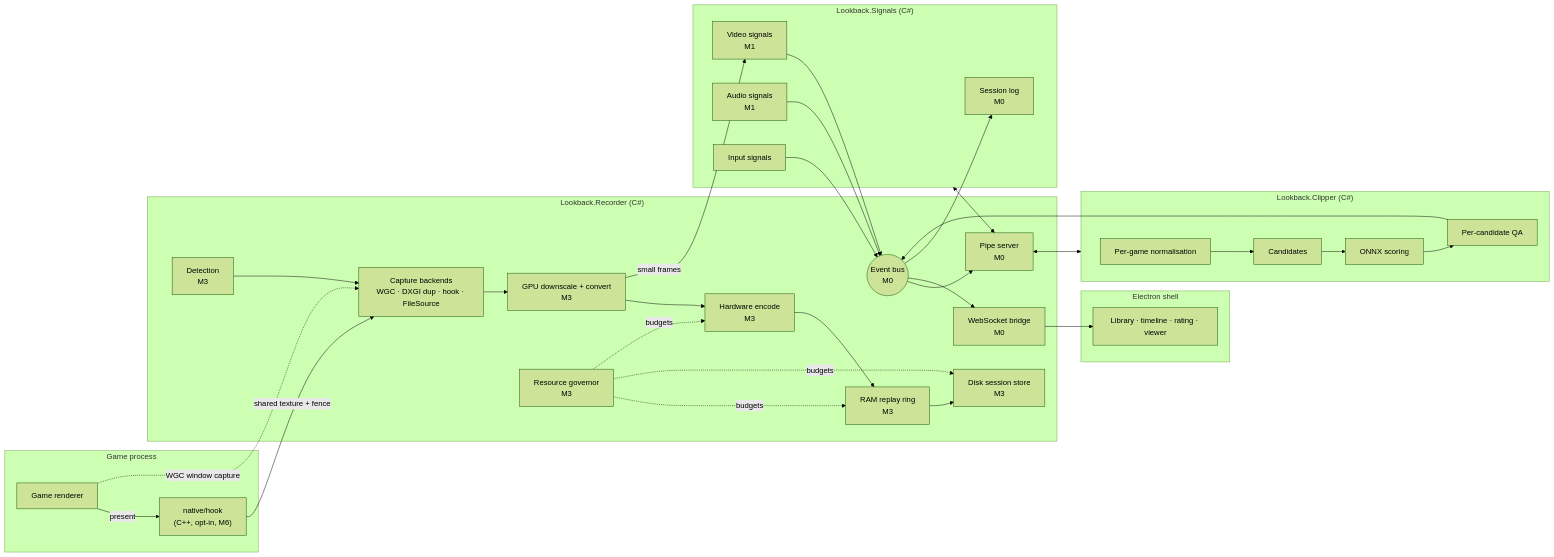
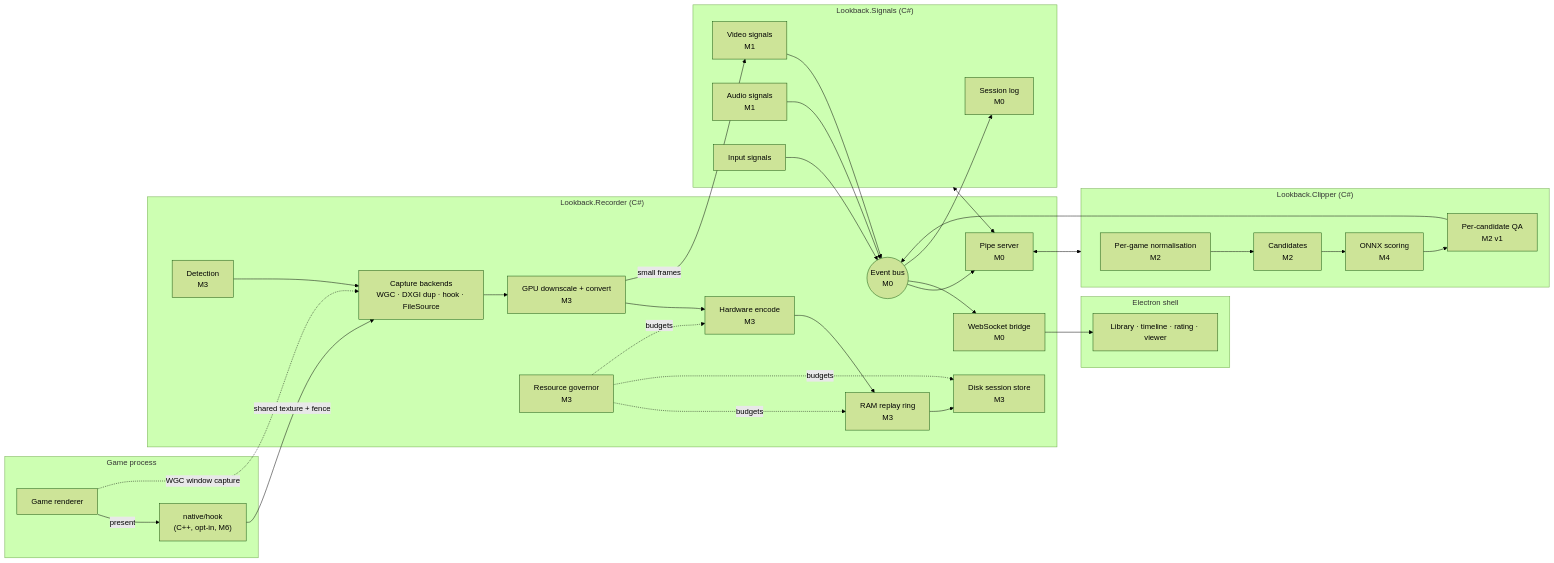
The first of 5 diagrams in docs/wiki/Architecture.md (Joshmh7128/Lookback), drawn with Mermaid (forest theme) before and after one commit. The commit also changed other lines of this file and 11 other files, not shown here.

First line of the commit message:
Docs: Clipper wiki page; Architecture, Testbench, Testing, Home, sidebar for M2

````diff
--- a/docs/wiki/Architecture.md
+++ b/docs/wiki/Architecture.md
@@ -12,49 +13,49 @@
 ```mermaid
 flowchart LR
     subgraph Game["Game process"]
         G[Game renderer]
         H["native/hook<br/>(C++, opt-in, M6)"]
     end
 
     subgraph Recorder["Lookback.Recorder (C#)"]
         DET[Detection<br/>M3]
         CAP[Capture backends<br/>WGC · DXGI dup · hook · FileSource]
         GPU[GPU downscale + convert<br/>M3]
         ENC[Hardware encode<br/>M3]
         RING[RAM replay ring<br/>M3]
         DISK[Disk session store<br/>M3]
         GOV[Resource governor<br/>M3]
         BUS(("Event bus<br/>M0"))
         PIPES[Pipe server<br/>M0]
         WS[WebSocket bridge<br/>M0]
     end
 
     subgraph Signals["Lookback.Signals (C#)"]
         VS[Video signals<br/>M1]
         AS[Audio signals<br/>M1]
         IS[Input signals]
         LOG[Session log<br/>M0]
     end
 
     subgraph Clipper["Lookback.Clipper (C#)"]
-        NORM[Per-game normalisation]
-        CAND[Candidates]
-        SCORE[ONNX scoring]
-        QA[Per-candidate QA]
+        NORM[Per-game normalisation<br/>M2]
+        CAND[Candidates<br/>M2]
+        SCORE[ONNX scoring<br/>M4]
+        QA[Per-candidate QA<br/>M2 v1]
     end
 
     subgraph Shell["Electron shell"]
         UI[Library · timeline · rating · viewer]
     end
 
     G -- present --> H -- shared texture + fence --> CAP
     G -. WGC window capture .-> CAP
     DET --> CAP --> GPU --> ENC --> RING --> DISK
     GOV -. budgets .-> RING & DISK & ENC
     GPU -- small frames --> VS
     VS & AS & IS --> BUS
     BUS --> PIPES & WS & LOG
     PIPES <--> Signals & Clipper
     WS --> UI
     NORM --> CAND --> SCORE --> QA --> BUS
 ```
````
